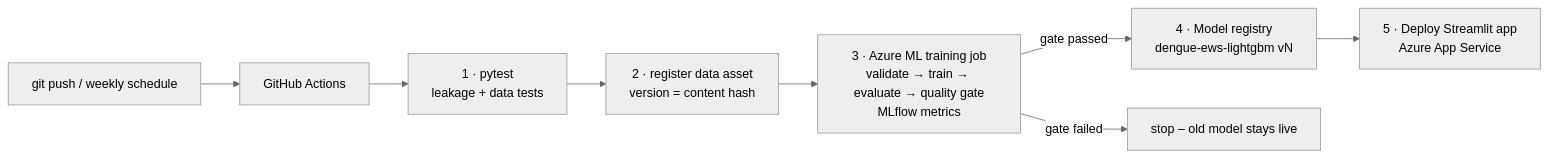
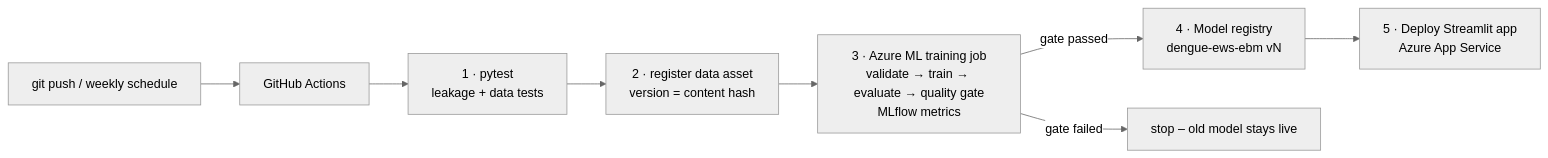
One commit to Dinushi97/AML_Assignment_269133N_KumarasiriRMKD changed the diagram in docs/azure-mlops-guide.md. Above: the diagram before and after it, drawn with Mermaid (neutral theme). The commit also changed other lines of this file and 13 other files, not shown here.

First line of the commit message:
Proposed model: Explainable Boosting Machine (EBM), not covered in lectures

````diff
--- a/docs/azure-mlops-guide.md
+++ b/docs/azure-mlops-guide.md
@@ -10,10 +10,10 @@
 ```mermaid
 flowchart LR
   dev[git push / weekly schedule] --> gh[GitHub Actions]
   gh --> t[1 · pytest<br/>leakage + data tests]
   t --> d[2 · register data asset<br/>version = content hash]
   d --> j[3 · Azure ML training job<br/>validate → train → evaluate → quality gate<br/>MLflow metrics]
-  j -->|gate passed| r[4 · Model registry<br/>dengue-ews-lightgbm vN]
+  j -->|gate passed| r[4 · Model registry<br/>dengue-ews-ebm vN]
   r --> a[5 · Deploy Streamlit app<br/>Azure App Service]
   j -->|gate failed| x[stop – old model stays live]
 ```
````
